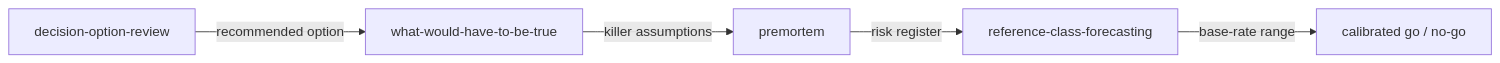
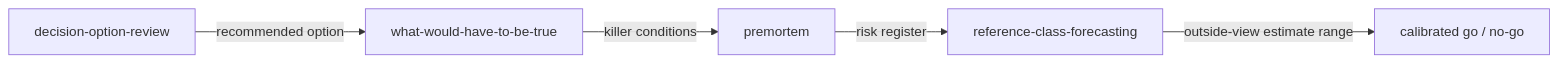
One commit to product-on-purpose/thinking-framework-skills changed the diagram in site/src/content/docs/learn/composing.md. Above: the diagram before and after it, drawn with Mermaid. The commit also changed 5 other files, not shown here.

First line of the commit message:
fix(diagrams): resolve codex adversarial-review findings (Plan 4 fix pass)

````diff
--- a/site/src/content/docs/learn/composing.md
+++ b/site/src/content/docs/learn/composing.md
@@ -23,7 +23,7 @@
 ```mermaid
 flowchart LR
   A["decision-option-review"] -->|"recommended option"| B["what-would-have-to-be-true"]
-  B -->|"killer assumptions"| C["premortem"]
+  B -->|"killer conditions"| C["premortem"]
   C -->|"risk register"| D["reference-class-forecasting"]
-  D -->|"base-rate range"| E["calibrated go / no-go"]
+  D -->|"outside-view estimate range"| E["calibrated go / no-go"]
 ```
````
